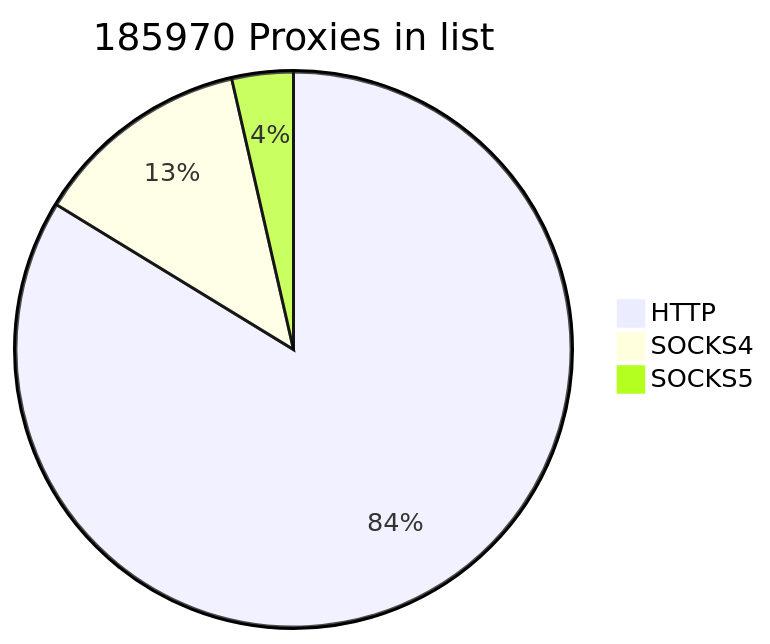
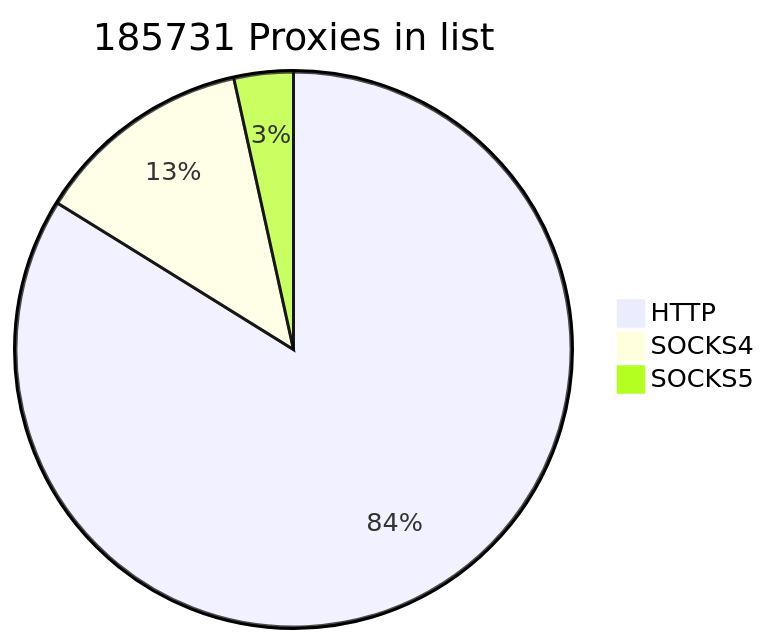
One commit to cutipu/proxylist changed the first of 2 diagrams in README.md. Above: the diagram before and after it, drawn with Mermaid. The commit also changed other lines of this file, not shown here.

````diff
--- a/README.md
+++ b/README.md
@@ -2,7 +2,7 @@
 ```mermaid
-pie title 185970 Proxies in list
+pie title 185731 Proxies in list
     "HTTP" : 155718
     "SOCKS4" : 23609
-    "SOCKS5" : 6643
+    "SOCKS5" : 6404
             
 ```
````
